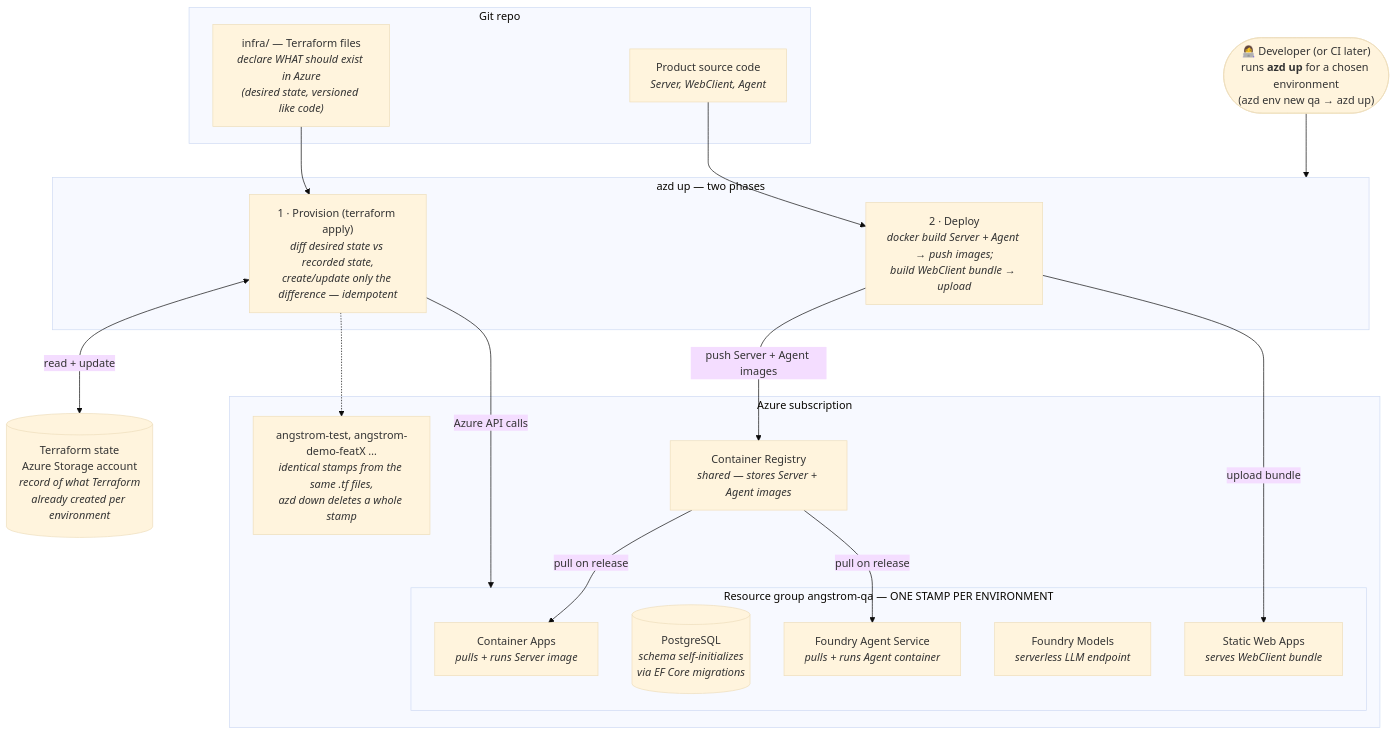
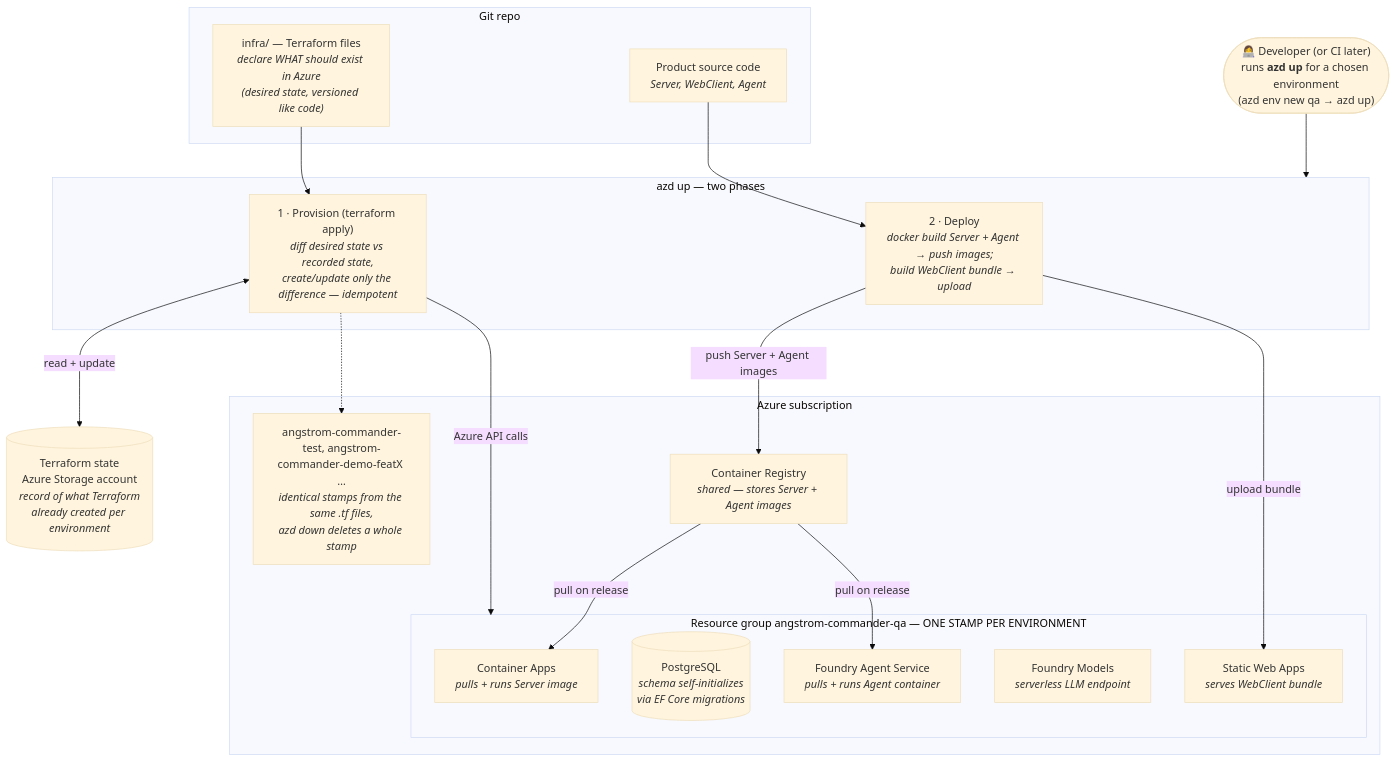
The fifth of 5 diagrams in ARCHITECTURE.md (Anarkin/angstrom-commander), drawn with Mermaid (base theme) before and after one commit. The commit also changed other lines of this file and 2 other files, not shown here.

First line of the commit message:
docs: rename product to Angstrom Commander

````diff
--- a/ARCHITECTURE.md
+++ b/ARCHITECTURE.md
@@ -240,39 +240,39 @@
 ```mermaid
 flowchart TB
   dev(["👩‍💻 Developer (or CI later)<br/>runs <b>azd up</b> for a chosen environment<br/>(azd env new qa → azd up)"])
 
   subgraph repo["Git repo"]
     tf["infra/ — Terraform files<br/><i>declare WHAT should exist in Azure<br/>(desired state, versioned like code)</i>"]
     src["Product source code<br/><i>Server, WebClient, Agent</i>"]
   end
 
   subgraph up["azd up — two phases"]
     prov["1 · Provision (terraform apply)<br/><i>diff desired state vs recorded state,<br/>create/update only the difference — idempotent</i>"]
     dep["2 · Deploy<br/><i>docker build Server + Agent → push images;<br/>build WebClient bundle → upload</i>"]
   end
 
   state[("Terraform state<br/>Azure Storage account<br/><i>record of what Terraform<br/>already created per environment</i>")]
 
   subgraph azure["Azure subscription"]
     acr["Container Registry<br/><i>shared — stores Server + Agent images</i>"]
-    subgraph rg["Resource group angstrom-qa — ONE STAMP PER ENVIRONMENT"]
+    subgraph rg["Resource group angstrom-commander-qa — ONE STAMP PER ENVIRONMENT"]
       aca["Container Apps<br/><i>pulls + runs Server image</i>"]
       pg[("PostgreSQL<br/><i>schema self-initializes<br/>via EF Core migrations</i>")]
       swa["Static Web Apps<br/><i>serves WebClient bundle</i>"]
       models["Foundry Models<br/><i>serverless LLM endpoint</i>"]
       agentsvc["Foundry Agent Service<br/><i>pulls + runs Agent container</i>"]
     end
-    rg2["angstrom-test, angstrom-demo-featX …<br/><i>identical stamps from the same .tf files,<br/>azd down deletes a whole stamp</i>"]
+    rg2["angstrom-commander-test, angstrom-commander-demo-featX …<br/><i>identical stamps from the same .tf files,<br/>azd down deletes a whole stamp</i>"]
   end
 
   dev --> up
   tf --> prov
   src --> dep
   prov <-->|"read + update"| state
   prov -->|"Azure API calls"| rg
   prov -.-> rg2
   dep -->|"push Server + Agent images"| acr
   acr -->|"pull on release"| aca
   acr -->|"pull on release"| agentsvc
   dep -->|"upload bundle"| swa
 ```
````
